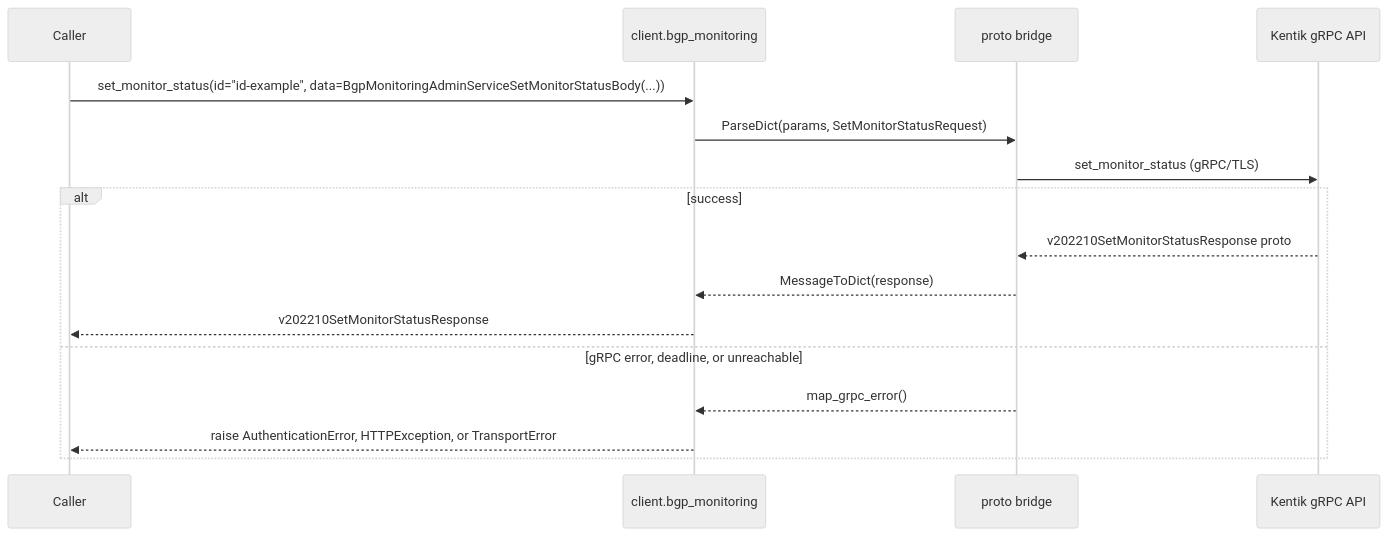
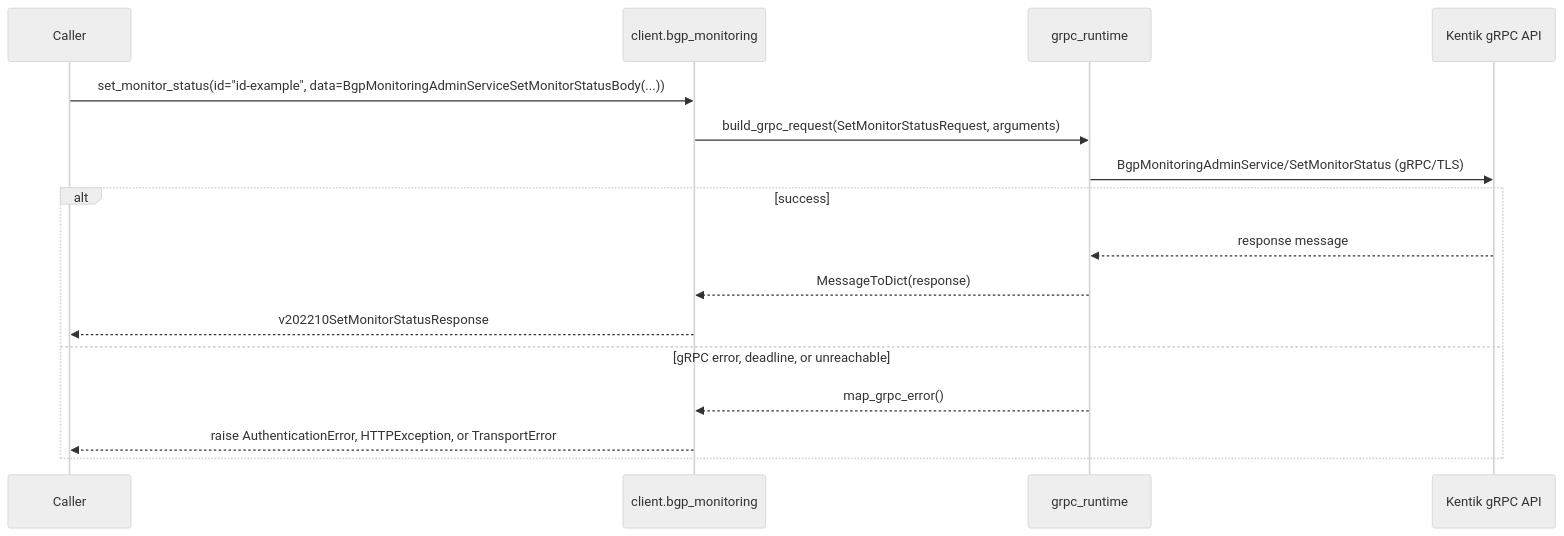
Before and after one commit to alexdearaujo/community_sdk_python: diagram 17 of 18 in docs/sphinx/services/bgp_monitoring.md, drawn with Mermaid (neutral theme). The commit also changed other lines of this file and 37 other files, not shown here.

First line of the commit message:
docs: show the real RPC in each service page's gRPC diagram

````diff
--- a/docs/sphinx/services/bgp_monitoring.md
+++ b/docs/sphinx/services/bgp_monitoring.md
@@ -587,19 +587,19 @@
 ```mermaid
 sequenceDiagram
     participant C as Caller
     participant W as client.bgp_monitoring
-    participant B as proto bridge
+    participant R as grpc_runtime
     participant API as Kentik gRPC API
 
     C->>W: set_monitor_status(id="id-example", data=BgpMonitoringAdminServiceSetMonitorStatusBody(...))
-    W->>B: ParseDict(params, SetMonitorStatusRequest)
-    B->>API: set_monitor_status (gRPC/TLS)
+    W->>R: build_grpc_request(SetMonitorStatusRequest, arguments)
+    R->>API: BgpMonitoringAdminService/SetMonitorStatus (gRPC/TLS)
     alt success
-        API-->>B: v202210SetMonitorStatusResponse proto
-        B-->>W: MessageToDict(response)
+        API-->>R: response message
+        R-->>W: MessageToDict(response)
         W-->>C: v202210SetMonitorStatusResponse
     else gRPC error, deadline, or unreachable
-        B-->>W: map_grpc_error()
+        R-->>W: map_grpc_error()
         W-->>C: raise AuthenticationError, HTTPException, or TransportError
     end
 ```
````
